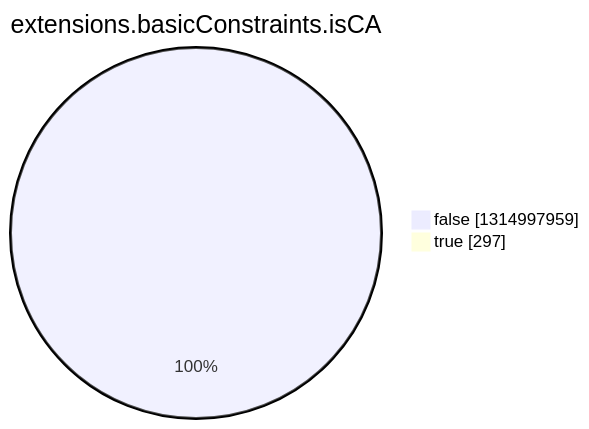
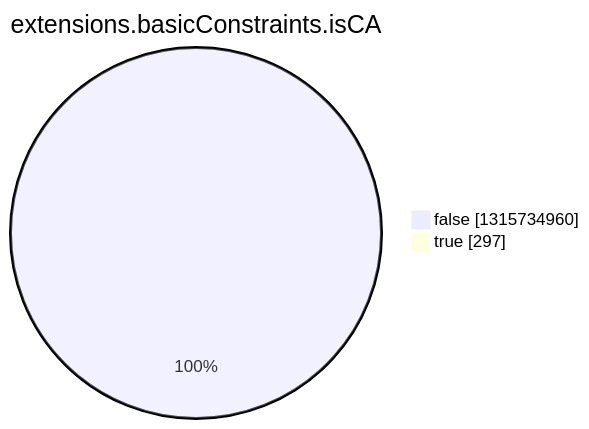
The eighth of 15 diagrams in argon2022/README.md (christiankrug/ctmonitor_visualization), drawn with Mermaid before and after one commit. The commit also changed other lines of this file, not shown here.

````diff
--- a/argon2022/README.md
+++ b/argon2022/README.md
@@ -2758,6 +2758,6 @@
 ```mermaid
 pie showData
 title extensions.basicConstraints.isCA
-"false" :1314997959
+"false" :1315734960
 "true" :297
 ```
````
